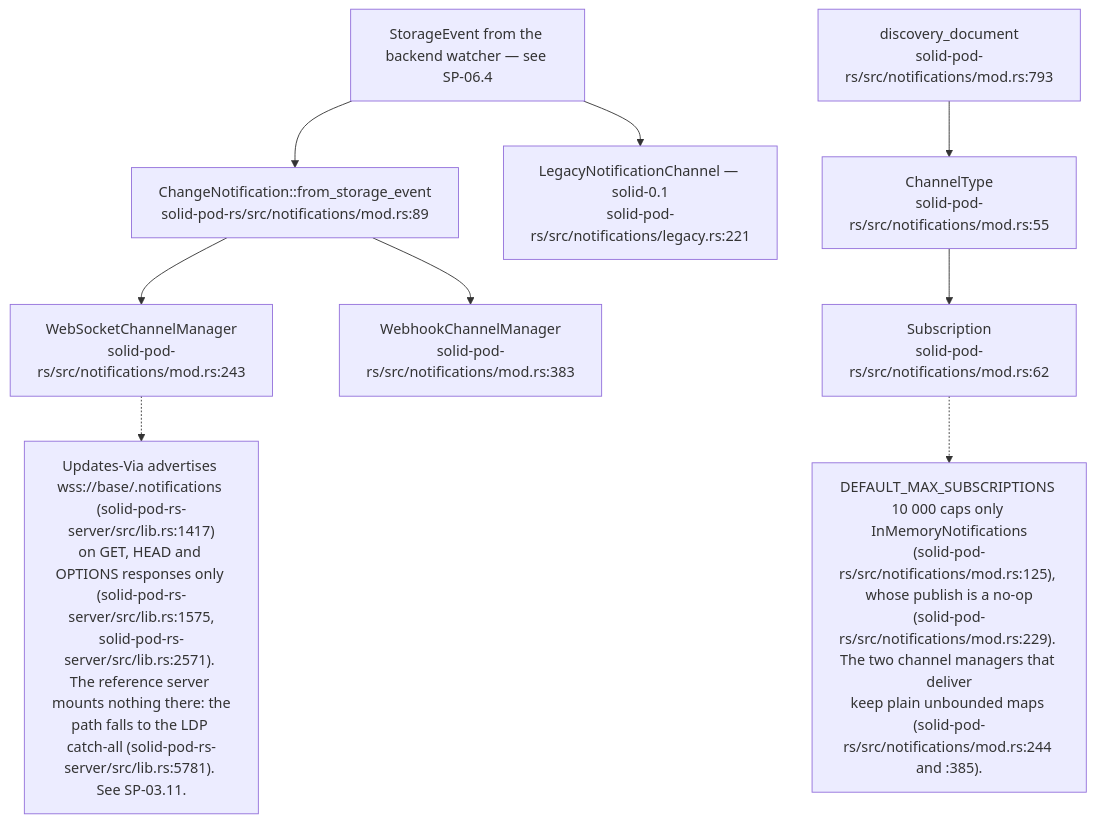
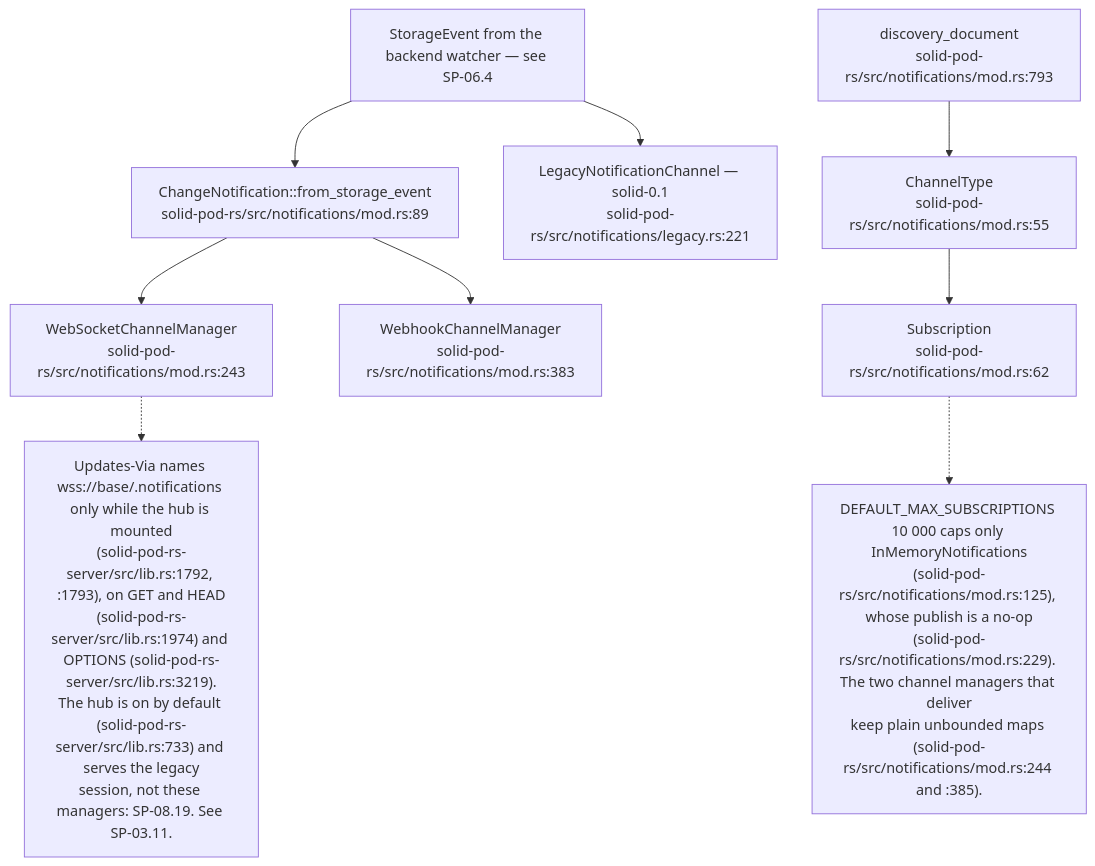
The first of 21 diagrams in docs/diagrams/solid-pod-rs/08-federation-notifications-forge-mcp.md (DreamLab-AI/VisionFlow), drawn with Mermaid before and after one commit. The commit also changed other lines of this file and 1 other file, not shown here.

First line of the commit message:
docs(diagrams): SP-08, SP-14 re-verified at solid-pod-rs a28a748

````diff
--- a/docs/diagrams/solid-pod-rs/08-federation-notifications-forge-mcp.md
+++ b/docs/diagrams/solid-pod-rs/08-federation-notifications-forge-mcp.md
@@ -62,22 +66,22 @@
 ```mermaid
 flowchart TD
     SE["StorageEvent from the backend watcher — see SP-06.4"]
     CN["ChangeNotification::from_storage_event<br/>solid-pod-rs/src/notifications/mod.rs:89"]
     WS["WebSocketChannelManager<br/>solid-pod-rs/src/notifications/mod.rs:243"]
     WH["WebhookChannelManager<br/>solid-pod-rs/src/notifications/mod.rs:383"]
     LEG["LegacyNotificationChannel — solid-0.1<br/>solid-pod-rs/src/notifications/legacy.rs:221"]
     DISC["discovery_document<br/>solid-pod-rs/src/notifications/mod.rs:793"]
     SUB["Subscription<br/>solid-pod-rs/src/notifications/mod.rs:62"]
     CT["ChannelType<br/>solid-pod-rs/src/notifications/mod.rs:55"]
 
     SE --> CN
     CN --> WS
     CN --> WH
     SE --> LEG
     DISC --> CT --> SUB
 
     N["DEFAULT_MAX_SUBSCRIPTIONS 10 000 caps only InMemoryNotifications<br/>(solid-pod-rs/src/notifications/mod.rs:125), whose publish is a no-op<br/>(solid-pod-rs/src/notifications/mod.rs:229). The two channel managers that deliver<br/>keep plain unbounded maps (solid-pod-rs/src/notifications/mod.rs:244 and :385)."]
     SUB -.-> N
-    N2["Updates-Via advertises wss://base/.notifications (solid-pod-rs-server/src/lib.rs:1417)<br/>on GET, HEAD and OPTIONS responses only (solid-pod-rs-server/src/lib.rs:1575,<br/>solid-pod-rs-server/src/lib.rs:2571). The reference server mounts nothing there: the<br/>path falls to the LDP catch-all (solid-pod-rs-server/src/lib.rs:5781). See SP-03.11."]
+    N2["Updates-Via names wss://base/.notifications only while the hub is mounted<br/>(solid-pod-rs-server/src/lib.rs:1792, :1793), on GET and HEAD<br/>(solid-pod-rs-server/src/lib.rs:1974) and OPTIONS (solid-pod-rs-server/src/lib.rs:3219).<br/>The hub is on by default (solid-pod-rs-server/src/lib.rs:733) and serves the legacy<br/>session, not these managers: SP-08.19. See SP-03.11."]
     WS -.-> N2
 ```
````
